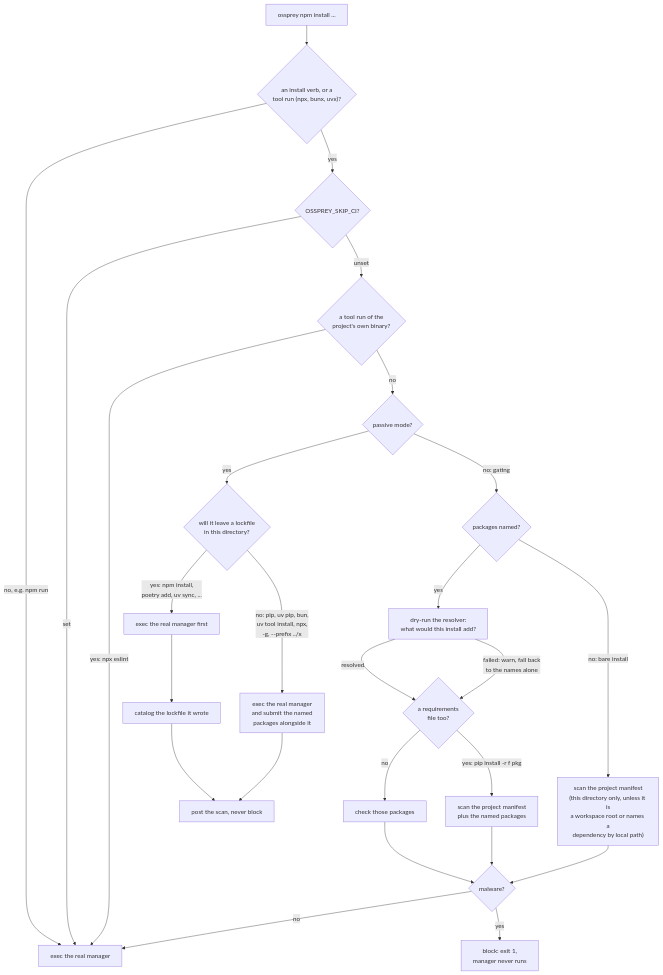
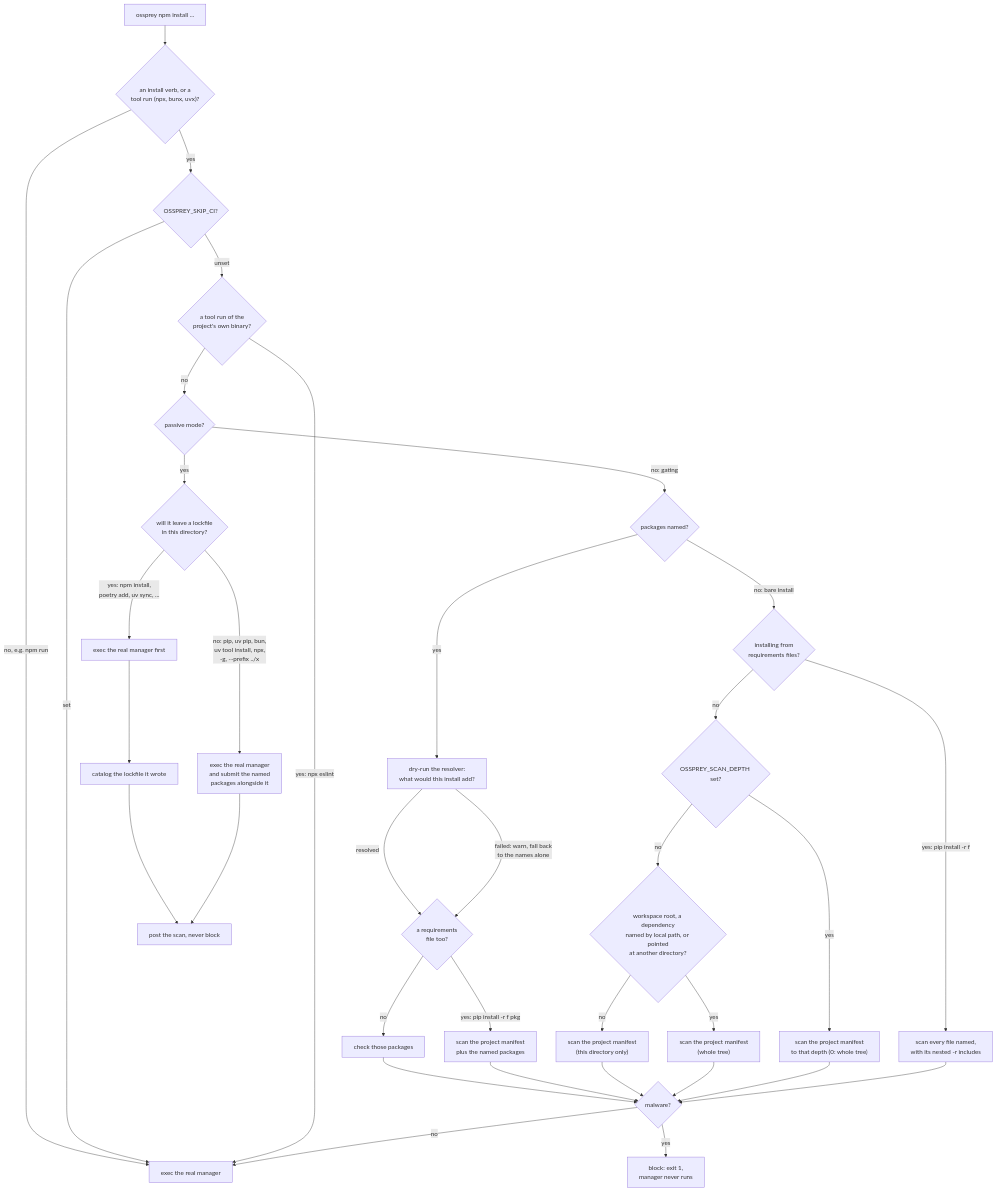
One commit to ossprey/ossprey-cli changed the second of 3 diagrams in docs/architecture.md. Above: the diagram before and after it, drawn with Mermaid. The commit also changed 10 other files, not shown here.

First line of the commit message:
fix(forward): keep the full scan for redirected installs and pnpm-level local paths

````diff
--- a/docs/architecture.md
+++ b/docs/architecture.md
@@ -49,30 +49,39 @@
 ```mermaid
 flowchart TD
     S["ossprey npm install ..."] --> T{"an install verb, or a<br/>tool run (npx, bunx, uvx)?"}
     T -- "no, e.g. npm run" --> U["exec the real manager"]
     T -- "yes" --> V{"OSSPREY_SKIP_CI?"}
     V -- "set" --> U
     V -- "unset" --> L{"a tool run of the<br/>project's own binary?"}
     L -- "yes: npx eslint" --> U
     L -- "no" --> W{"passive mode?"}
 
     W -- "no: gating" --> X{"packages named?"}
     X -- "yes" --> E["dry-run the resolver:<br/>what would this install add?"]
     E -- "resolved" --> R{"a requirements<br/>file too?"}
     E -- "failed: warn, fall back<br/>to the names alone" --> R
     R -- "no" --> Y["check those packages"]
     R -- "yes: pip install -r f pkg" --> RZ["scan the project manifest<br/>plus the named packages"]
-    X -- "no: bare install" --> Z["scan the project manifest<br/>(this directory only, unless it is<br/>a workspace root or names a<br/>dependency by local path)"]
+    X -- "no: bare install" --> RQ{"installing from<br/>requirements files?"}
+    RQ -- "yes: pip install -r f" --> RF["scan every file named,<br/>with its nested -r includes"]
+    RQ -- "no" --> ZD{"OSSPREY_SCAN_DEPTH set?"}
+    ZD -- "yes" --> ZO["scan the project manifest<br/>to that depth (0: whole tree)"]
+    ZD -- "no" --> ZW{"workspace root, a dependency<br/>named by local path, or pointed<br/>at another directory?"}
+    ZW -- "yes" --> ZF["scan the project manifest<br/>(whole tree)"]
+    ZW -- "no" --> Z["scan the project manifest<br/>(this directory only)"]
     Y --> AA{"malware?"}
     RZ --> AA
     Z --> AA
+    ZF --> AA
+    ZO --> AA
+    RF --> AA
     AA -- "yes" --> AB["block: exit 1,<br/>manager never runs"]
     AA -- "no" --> U
 
     W -- "yes" --> AC{"will it leave a lockfile<br/>in this directory?"}
     AC -- "yes: npm install,<br/>poetry add, uv sync, ..." --> AD["exec the real manager first"]
     AD --> AE["catalog the lockfile it wrote"]
     AE --> AF["post the scan, never block"]
     AC -- "no: pip, uv pip, bun,<br/>uv tool install, npx,<br/>-g, --prefix ../x" --> AG["exec the real manager<br/>and submit the named<br/>packages alongside it"]
     AG --> AF
 ```
````
